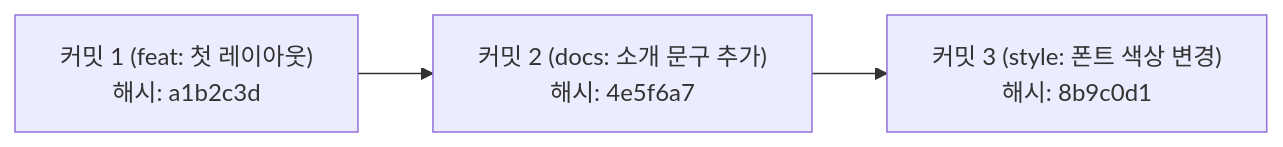
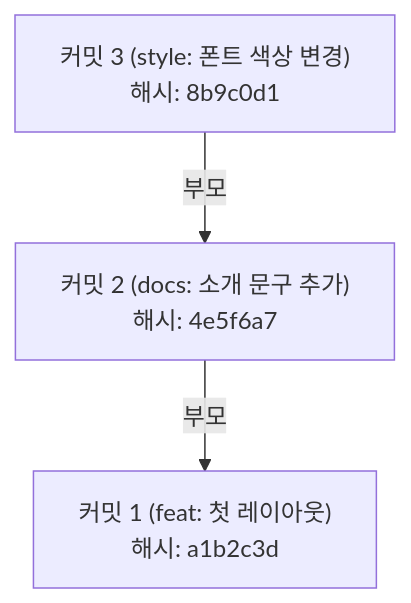
One commit to qus0in-factory/learn changed the diagram in docs/lecture/03-commit-history.md. Above: the diagram before and after it, drawn with Mermaid. The commit also changed other lines of this file and 2 other files, not shown here.

Commit message:
docs(learn): add plan C Mermaid diagrams for the hash chain, auth diagnosis and course flow (#47)

````diff
--- a/docs/lecture/03-commit-history.md
+++ b/docs/lecture/03-commit-history.md
@@ -30,5 +32,5 @@
 ```mermaid
-flowchart LR
-    C1["커밋 1 (feat: 첫 레이아웃)<br/>해시: a1b2c3d"] --> C2["커밋 2 (docs: 소개 문구 추가)<br/>해시: 4e5f6a7"]
-    C2 --> C3["커밋 3 (style: 폰트 색상 변경)<br/>해시: 8b9c0d1"]
+flowchart TB
+    C3["커밋 3 (style: 폰트 색상 변경)<br/>해시: 8b9c0d1"] -->|부모| C2["커밋 2 (docs: 소개 문구 추가)<br/>해시: 4e5f6a7"]
+    C2 -->|부모| C1["커밋 1 (feat: 첫 레이아웃)<br/>해시: a1b2c3d"]
 ```
````
